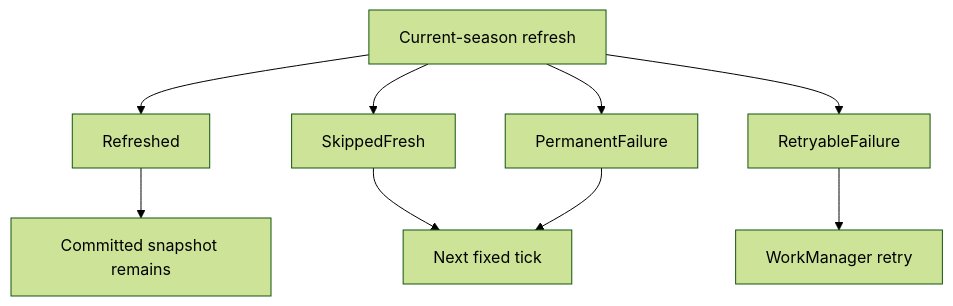
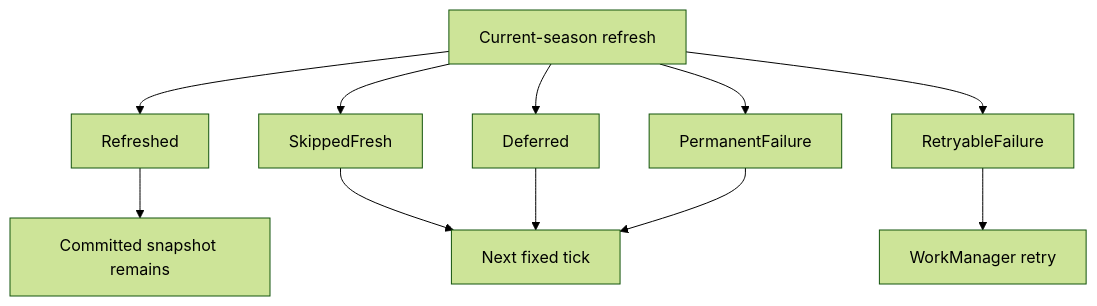
The diagram in lode/decisions/0020-current-season-truthful-refresh-outcomes.md (anpurnama11/my-f1-companion-app), drawn with Mermaid (forest theme) before and after one commit. The commit also changed other lines of this file and 14 other files, not shown here.

````diff
--- a/lode/decisions/0020-current-season-truthful-refresh-outcomes.md
+++ b/lode/decisions/0020-current-season-truthful-refresh-outcomes.md
@@ -35,11 +36,13 @@
 ```mermaid
 flowchart TD
     Refresh[Current-season refresh] --> Write[Refreshed]
     Refresh --> Fresh[SkippedFresh]
+    Refresh --> Deferred[Deferred]
     Refresh --> Retryable[RetryableFailure]
     Refresh --> Permanent[PermanentFailure]
     Retryable --> Retry[WorkManager retry]
     Write --> Keep[Committed snapshot remains]
     Fresh --> Next[Next fixed tick]
+    Deferred --> Next
     Permanent --> Next
 ```
````
